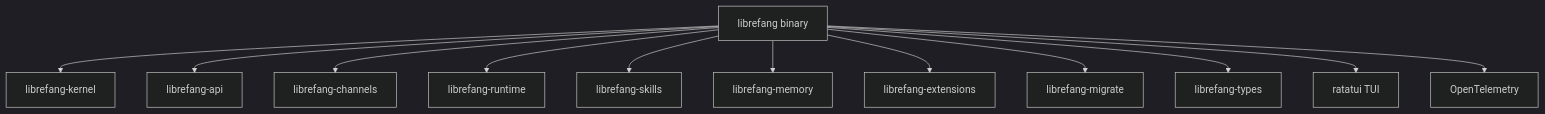
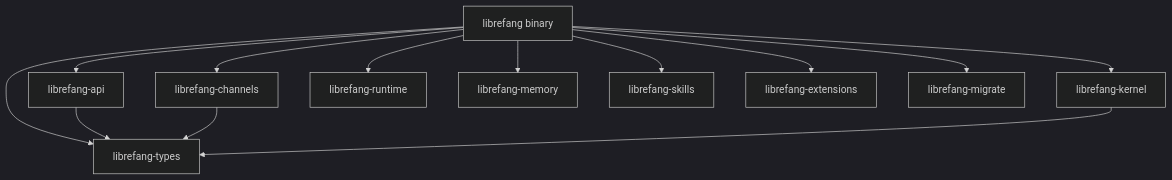
Before and after one commit to leszek3737/librefang-WIki: the diagram in other-librefang-cli.md, drawn with Mermaid (dark theme). The commit also changed other lines of this file and 94 other files, not shown here.

````diff
--- a/other-librefang-cli.md
+++ b/other-librefang-cli.md
@@ -9,14 +9,15 @@
 ```mermaid
 graph TD
     CLI[librefang binary] --> Kernel[librefang-kernel]
     CLI --> API[librefang-api]
     CLI --> Channels[librefang-channels]
     CLI --> Runtime[librefang-runtime]
+    CLI --> Memory[librefang-memory]
     CLI --> Skills[librefang-skills]
-    CLI --> Memory[librefang-memory]
     CLI --> Extensions[librefang-extensions]
     CLI --> Migrate[librefang-migrate]
     CLI --> Types[librefang-types]
-    CLI --> TUI[ratatui TUI]
-    CLI --> Telemetry[OpenTelemetry]
+    API --> Types
+    Channels --> Types
+    Kernel --> Types
 ```
````
